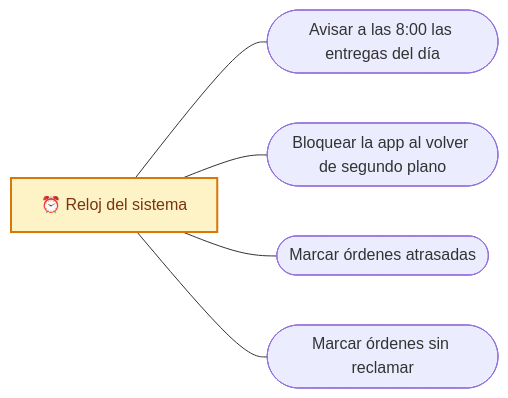
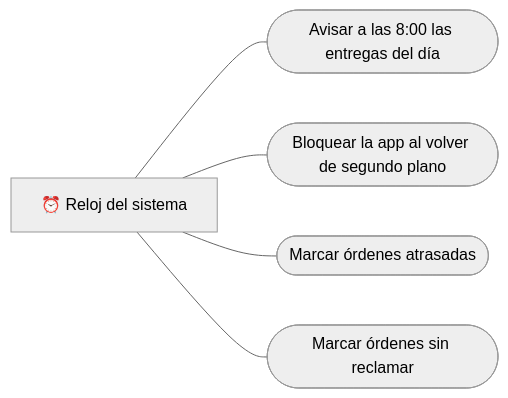
One commit to Aryannext/Costura-app changed the eighth of 16 diagrams in docs/02-diseno/DIAGRAMAS.md. Above: the diagram before and after it, drawn with Mermaid. The commit also changed other lines of this file and 4 other files, not shown here.

First line of the commit message:
P1-7: el aviso de las 8:00 comprueba el permiso de alarmas exactas; diagramas sin emojis ni colores

````diff
--- a/docs/02-diseno/DIAGRAMAS.md
+++ b/docs/02-diseno/DIAGRAMAS.md
@@ -392,15 +387,14 @@
 ```mermaid
+%%{init: {'theme': 'neutral'}}%%
 flowchart LR
-    R["⏰ Reloj del sistema"]:::temporal
+    R["⏰ Reloj del sistema"]
     S1(["Avisar a las 8:00 las entregas del día"])
     S2(["Bloquear la app al volver de segundo plano"])
     S3(["Marcar órdenes atrasadas"])
     S4(["Marcar órdenes sin reclamar"])
 
     R --- S1
     R --- S2
     R --- S3
     R --- S4
-
-    classDef temporal fill:#fef3c7,stroke:#d97706,stroke-width:2px,color:#78350f
 ```
````
